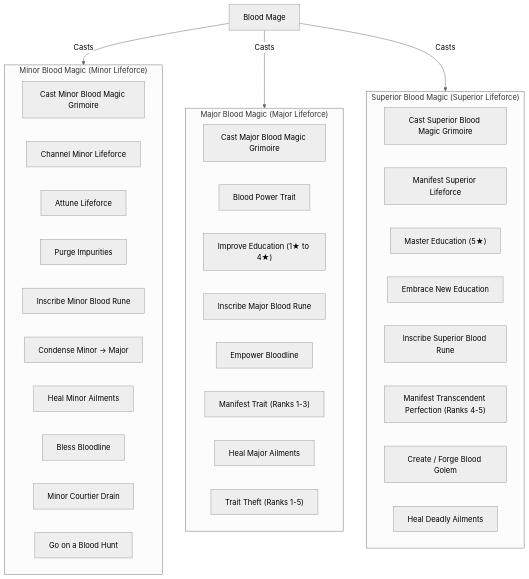
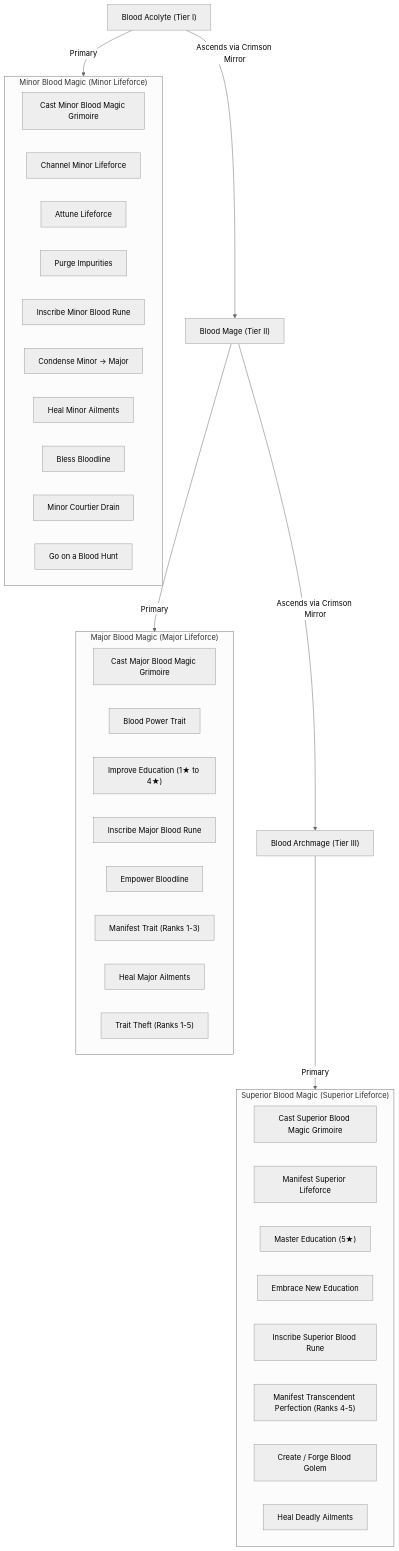
One commit to theNicelander/ck3_blood_mage changed the diagram in docs-ai/architecture/blood-mage-magic-tiers.md. Above: the diagram before and after it, drawn with Mermaid (neutral theme). The commit also changed 65 other files, not shown here.

First line of the commit message:
v1.20.69: Blood mage now 3 traits sequentially (#174)

````diff
--- a/docs-ai/architecture/blood-mage-magic-tiers.md
+++ b/docs-ai/architecture/blood-mage-magic-tiers.md
@@ -9,41 +9,43 @@
 ```mermaid
 flowchart TD
     subgraph T1 ["Minor Blood Magic (Minor Lifeforce)"]
         M1["Cast Minor Blood Magic Grimoire"]
         M2["Channel Minor Lifeforce"]
         M3["Attune Lifeforce"]
         M4["Purge Impurities"]
         M5["Inscribe Minor Blood Rune"]
         M6["Condense Minor -> Major"]
         M7["Heal Minor Ailments"]
         M8["Bless Bloodline"]
         M10["Minor Courtier Drain"]
         M11["Go on a Blood Hunt"]
     end
 
     subgraph T2 ["Major Blood Magic (Major Lifeforce)"]
         J1["Cast Major Blood Magic Grimoire"]
         J2["Blood Power Trait"]
         J3["Improve Education (1★ to 4★)"]
         J4["Inscribe Major Blood Rune"]
         J5["Empower Bloodline"]
         J6["Manifest Trait (Ranks 1-3)"]
         J7["Heal Major Ailments"]
         J9["Trait Theft (Ranks 1-5)"]
     end
 
     subgraph T3 ["Superior Blood Magic (Superior Lifeforce)"]
         S1["Cast Superior Blood Magic Grimoire"]
         S2["Manifest Superior Lifeforce"]
         S3["Master Education (5★)"]
         S4["Embrace New Education"]
         S5["Inscribe Superior Blood Rune"]
         S6["Manifest Transcendent Perfection (Ranks 4-5)"]
         S7["Create / Forge Blood Golem"]
         S8["Heal Deadly Ailments"]
     end
 
-    BM["Blood Mage"] -->|Casts| T1
-    BM -->|Casts| T2
-    BM -->|Casts| T3
+    BA["Blood Acolyte (Tier I)"] -->|Primary| T1
+    BM["Blood Mage (Tier II)"] -->|Primary| T2
+    BMArch["Blood Archmage (Tier III)"] -->|Primary| T3
+    BA -->|Ascends via Crimson Mirror| BM
+    BM -->|Ascends via Crimson Mirror| BMArch
 ```
````
